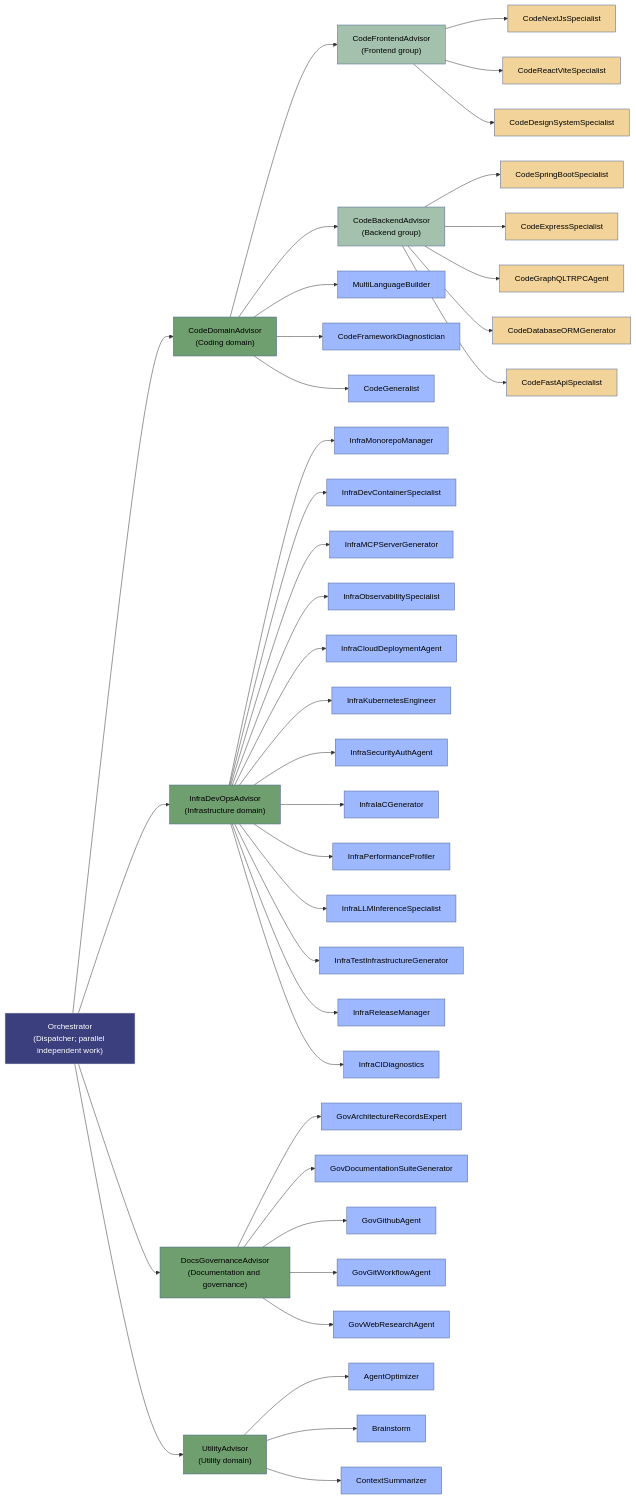
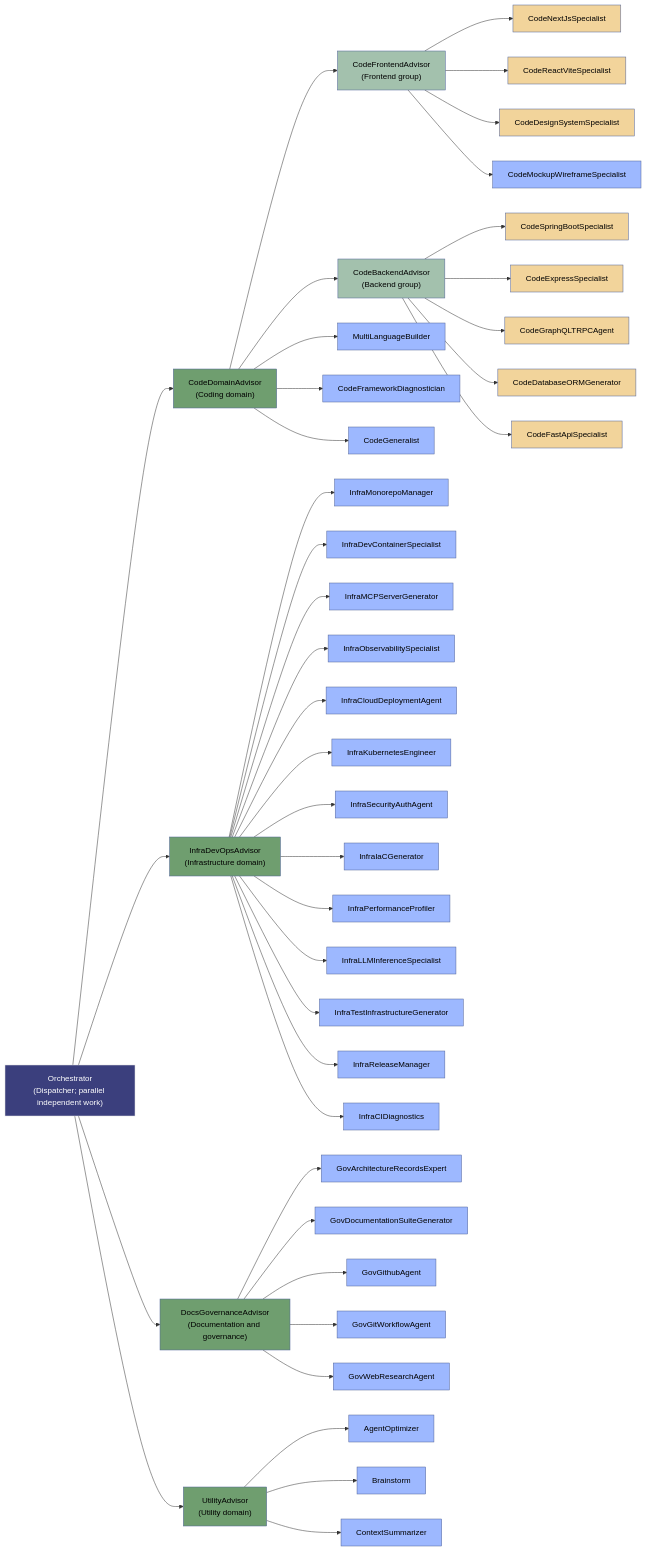
The second of 2 diagrams in README.md (UtopikPrompt/agents), drawn with Mermaid before and after one commit. The commit also changed other lines of this file and 4 other files, not shown here.

Commit message:
feat: Add CodeMockupWireframeSpecialist agent and update documentation to include new specialist

````diff
--- a/README.md
+++ b/README.md
@@ -84,59 +84,61 @@
 ```mermaid
 flowchart LR
     O["Orchestrator<br/>(Dispatcher; parallel independent work)"]
     O --> CodeDomainAdvisor["CodeDomainAdvisor<br/>(Coding domain)"]
     O --> InfraDevOpsAdvisor["InfraDevOpsAdvisor<br/>(Infrastructure domain)"]
     O --> DocsGovernanceAdvisor["DocsGovernanceAdvisor<br/>(Documentation and governance)"]
     O --> UtilityAdvisor["UtilityAdvisor<br/>(Utility domain)"]
     CodeDomainAdvisor --> CodeFrontendAdvisor["CodeFrontendAdvisor<br/>(Frontend group)"]
     CodeDomainAdvisor --> CodeBackendAdvisor["CodeBackendAdvisor<br/>(Backend group)"]
     CodeDomainAdvisor --> MultiLanguageBuilder["MultiLanguageBuilder"]
     CodeDomainAdvisor --> CodeFrameworkDiagnostician["CodeFrameworkDiagnostician"]
     CodeDomainAdvisor --> CodeGeneralist["CodeGeneralist"]
 
     CodeFrontendAdvisor --> CodeNextJsSpecialist["CodeNextJsSpecialist"]
     CodeFrontendAdvisor --> CodeReactViteSpecialist["CodeReactViteSpecialist"]
     CodeFrontendAdvisor --> CodeDesignSystemSpecialist["CodeDesignSystemSpecialist"]
+    CodeFrontendAdvisor --> CodeMockupWireframeSpecialist["CodeMockupWireframeSpecialist"]
 
     CodeBackendAdvisor --> CodeSpringBootSpecialist["CodeSpringBootSpecialist"]
     CodeBackendAdvisor --> CodeExpressSpecialist["CodeExpressSpecialist"]
     CodeBackendAdvisor --> CodeGraphQLTRPCAgent["CodeGraphQLTRPCAgent"]
     CodeBackendAdvisor --> CodeDatabaseORMGenerator["CodeDatabaseORMGenerator"]
     CodeBackendAdvisor --> CodeFastApiSpecialist["CodeFastApiSpecialist"]
 
     InfraDevOpsAdvisor --> InfraMonorepoManager["InfraMonorepoManager"]
     InfraDevOpsAdvisor --> InfraDevContainerSpecialist["InfraDevContainerSpecialist"]
     InfraDevOpsAdvisor --> InfraMCPServerGenerator["InfraMCPServerGenerator"]
     InfraDevOpsAdvisor --> InfraObservabilitySpecialist["InfraObservabilitySpecialist"]
     InfraDevOpsAdvisor --> InfraCloudDeploymentAgent["InfraCloudDeploymentAgent"]
     InfraDevOpsAdvisor --> InfraKubernetesEngineer["InfraKubernetesEngineer"]
     InfraDevOpsAdvisor --> InfraSecurityAuthAgent["InfraSecurityAuthAgent"]
     InfraDevOpsAdvisor --> InfraIaCGenerator["InfraIaCGenerator"]
     InfraDevOpsAdvisor --> InfraPerformanceProfiler["InfraPerformanceProfiler"]
     InfraDevOpsAdvisor --> InfraLLMInferenceSpecialist["InfraLLMInferenceSpecialist"]
     InfraDevOpsAdvisor --> InfraTestInfrastructureGenerator["InfraTestInfrastructureGenerator"]
     InfraDevOpsAdvisor --> InfraReleaseManager["InfraReleaseManager"]
     InfraDevOpsAdvisor --> InfraCIDiagnostics["InfraCIDiagnostics"]
 
     DocsGovernanceAdvisor --> GovArchitectureRecordsExpert["GovArchitectureRecordsExpert"]
     DocsGovernanceAdvisor --> GovDocumentationSuiteGenerator["GovDocumentationSuiteGenerator"]
     DocsGovernanceAdvisor --> GovGithubAgent["GovGithubAgent"]
     DocsGovernanceAdvisor --> GovGitWorkflowAgent["GovGitWorkflowAgent"]
     DocsGovernanceAdvisor --> GovWebResearchAgent["GovWebResearchAgent"]
 
     UtilityAdvisor --> AgentOptimizer["AgentOptimizer"]
     UtilityAdvisor --> Brainstorm["Brainstorm"]
     UtilityAdvisor --> ContextSummarizer["ContextSummarizer"]
 
     classDef hub fill:#3b3f7d,stroke:#e0e0e0,color:#fff;
     classDef domainAdvisor fill:#6f9e6f,stroke:#516399,color:#000;
     classDef subdomainAdvisor fill:#a3c1ad,stroke:#516399,color:#000;
     classDef worker fill:#9db8ff,stroke:#516399,color:#000;
     classDef frameworkWorker fill:#f2d49b,stroke:#516399,color:#000;
     
     class O hub;
     class CodeDomainAdvisor,InfraDevOpsAdvisor,DocsGovernanceAdvisor,UtilityAdvisor domainAdvisor;
     class CodeFrontendAdvisor,CodeBackendAdvisor subdomainAdvisor;
     class CodeNextJsSpecialist,CodeReactViteSpecialist,CodeGraphQLTRPCAgent,CodeFastApiSpecialist,CodeExpressSpecialist,CodeSpringBootSpecialist,CodeDatabaseORMGenerator,CodeDesignSystemSpecialist frameworkWorker;
+    class CodeMockupWireframeSpecialist worker;
     class AgentOptimizer,Brainstorm,ContextSummarizer,CodeGeneralist,CodeFrameworkDiagnostician,MultiLanguageBuilder,InfraObservabilitySpecialist,InfraMonorepoManager,InfraDevContainerSpecialist,InfraMCPServerGenerator,InfraCloudDeploymentAgent,InfraKubernetesEngineer,InfraSecurityAuthAgent,InfraIaCGenerator,InfraPerformanceProfiler,InfraLLMInferenceSpecialist,InfraTestInfrastructureGenerator,InfraReleaseManager,InfraCIDiagnostics,GovArchitectureRecordsExpert,GovDocumentationSuiteGenerator,GovGithubAgent,GovGitWorkflowAgent,GovWebResearchAgent worker;
 ```
````
